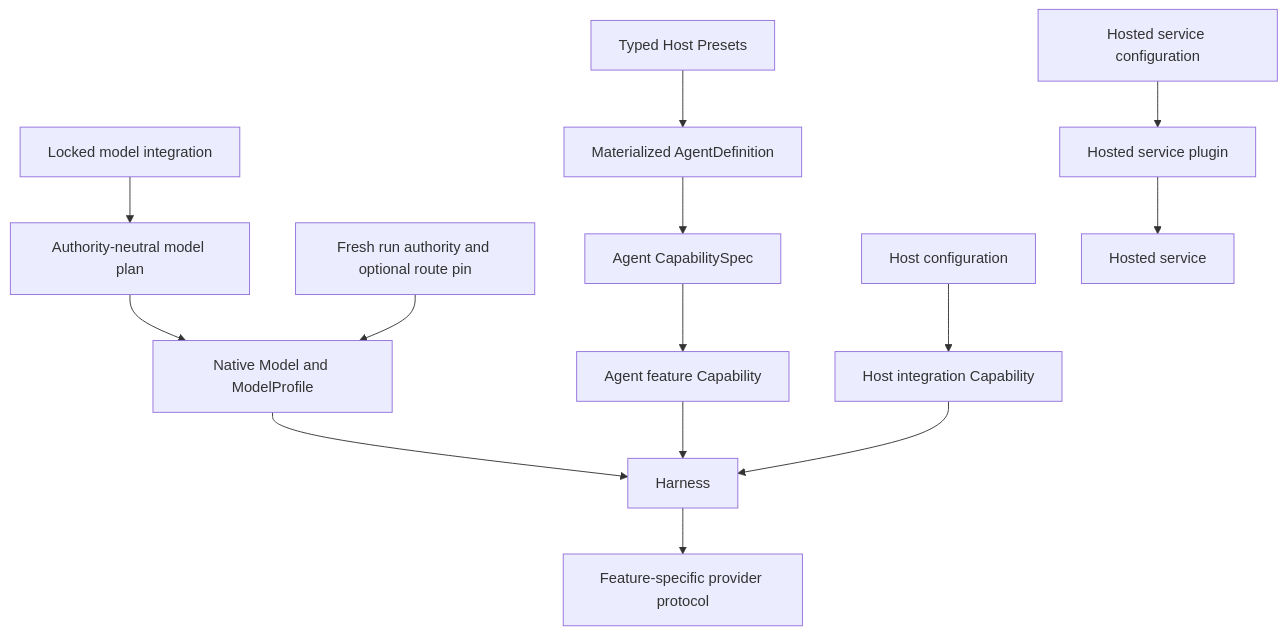
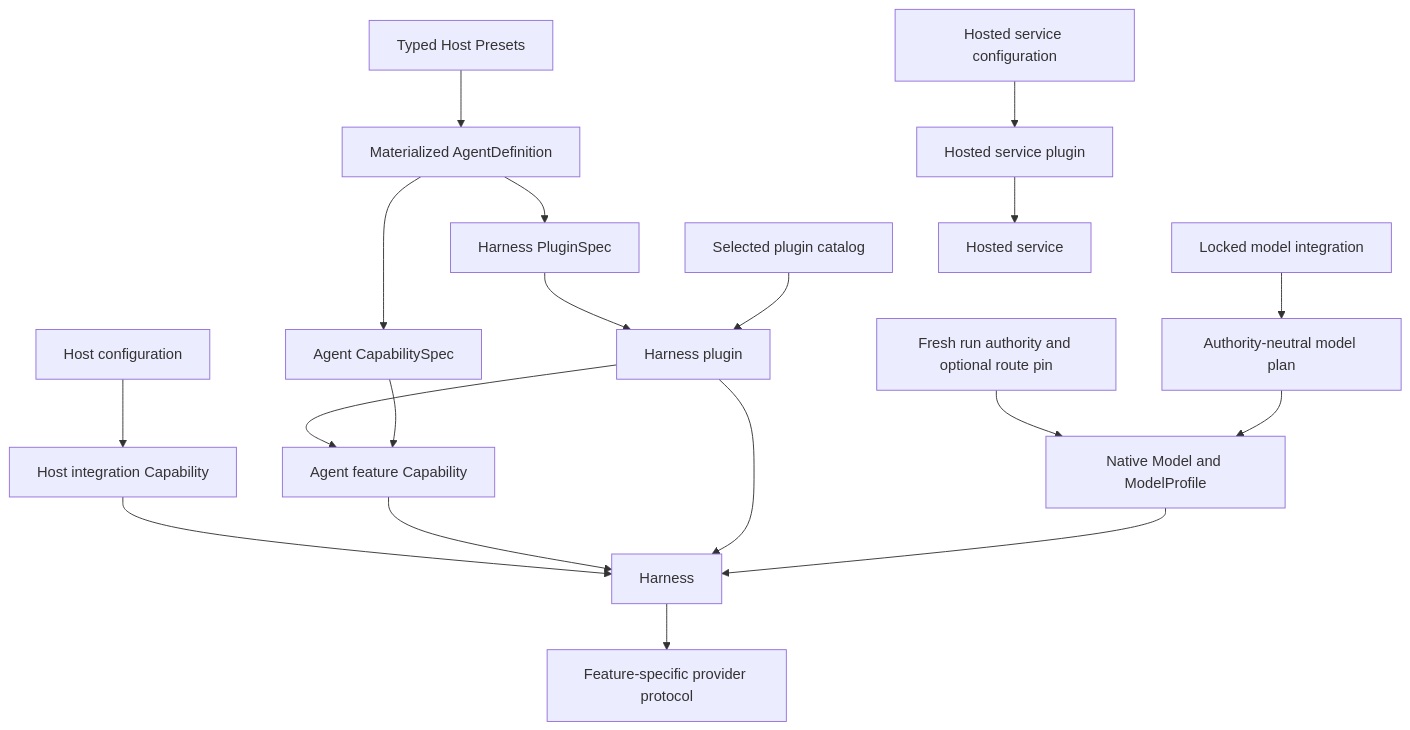
One commit to LTThreeComma/agent-foundation changed the third of 4 diagrams in spec/README.md. Above: the diagram before and after it, drawn with Mermaid. The commit also changed other lines of this file and 21 other files, not shown here.

First line of the commit message:
feat(harness): define first-class plugin lifecycle

````diff
--- a/spec/README.md
+++ b/spec/README.md
@@ -180,16 +181,21 @@
 ```mermaid
 flowchart TB
     Presets[Typed Host Presets] --> Definition[Materialized AgentDefinition]
+    Definition --> PluginSpec[Harness PluginSpec]
+    PluginCatalog[Selected plugin catalog] --> HarnessPlugin[Harness plugin]
+    PluginSpec --> HarnessPlugin
     Definition --> AgentSpec[Agent CapabilitySpec]
     AgentSpec --> AgentCap[Agent feature Capability]
+    HarnessPlugin --> AgentCap
     ModelCatalog[Locked model integration] --> ModelPlan[Authority-neutral model plan]
     ModelPlan --> NativeModel[Native Model and ModelProfile]
     RunAuthority[Fresh run authority and optional route pin] --> NativeModel
     NativeModel --> Harness
     HostConfig[Host configuration] --> HostCap[Host integration Capability]
     ServiceConfig[Hosted service configuration] --> ServicePlugin[Hosted service plugin]
+    HarnessPlugin --> Harness
     AgentCap --> Harness
     HostCap --> Harness
     ServicePlugin --> Service[Hosted service]
     Harness --> Provider[Feature-specific provider protocol]
 ```
````
